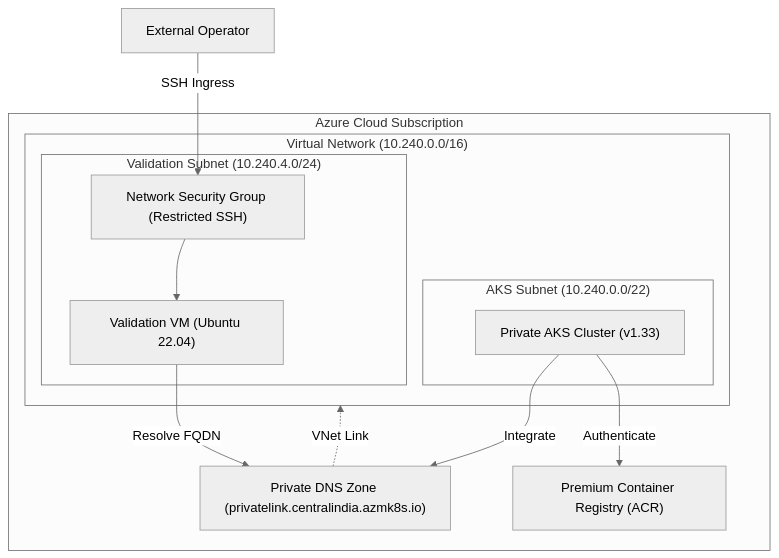
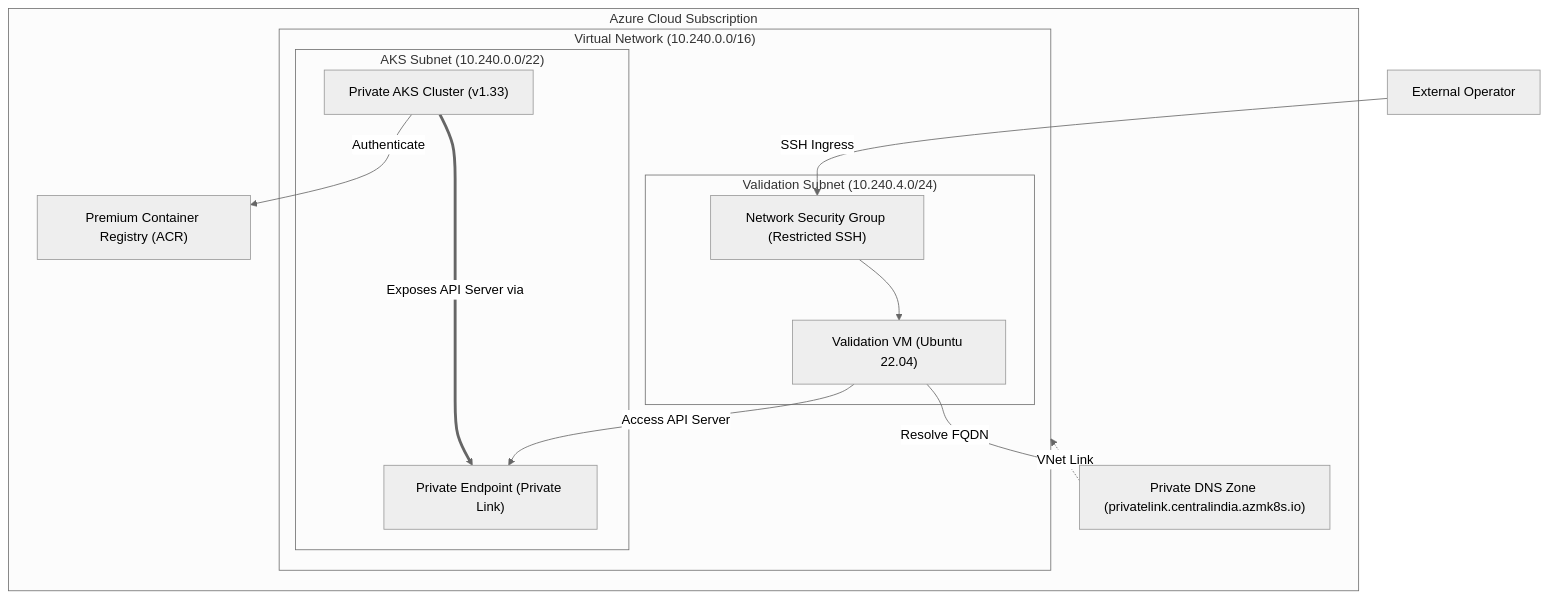
Before and after one commit to aslahea/terraform-azure-private-aks: the diagram in README.md, drawn with Mermaid (neutral theme).

Commit message:
docs: add Private Endpoint (Private Link) component to architecture diagram

````diff
--- a/README.md
+++ b/README.md
@@ -15,27 +15,29 @@
 ```mermaid
 graph TD
     Operator["External Operator"] -->|SSH Ingress| NSG
     
     subgraph "Azure Cloud Subscription"
         subgraph VNET["Virtual Network (10.240.0.0/16)"]
             subgraph "AKS Subnet (10.240.0.0/22)"
                 AKS["Private AKS Cluster (v1.33)"]
+                PE["Private Endpoint (Private Link)"]
+                AKS ====>|Exposes API Server via| PE
             end
             
             subgraph "Validation Subnet (10.240.4.0/24)"
                 NSG["Network Security Group (Restricted SSH)"]
                 VM["Validation VM (Ubuntu 22.04)"]
                 NSG --> VM
             end
         end
 
         ACR["Premium Container Registry (ACR)"]
         DNS["Private DNS Zone (privatelink.centralindia.azmk8s.io)"]
         
         %% Links
         DNS -.->|VNet Link| VNET
         VM -->|Resolve FQDN| DNS
-        AKS -->|Integrate| DNS
+        VM -->|Access API Server| PE
         AKS -->|Authenticate| ACR
     end
 ```
````
